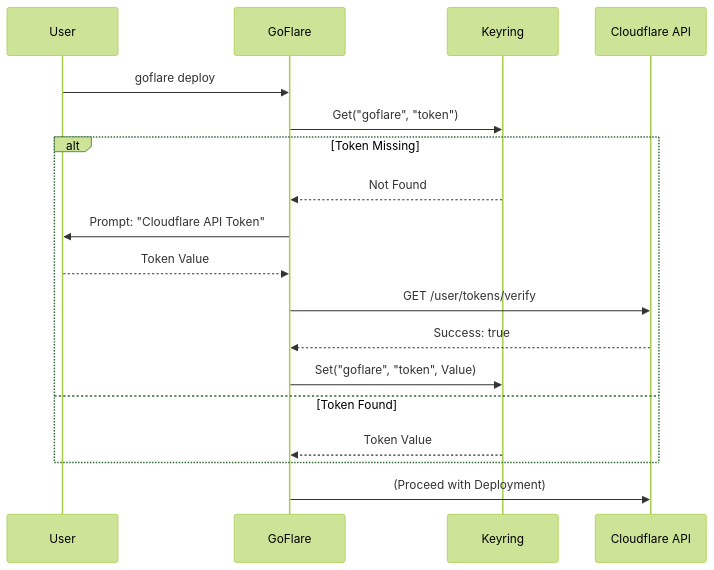
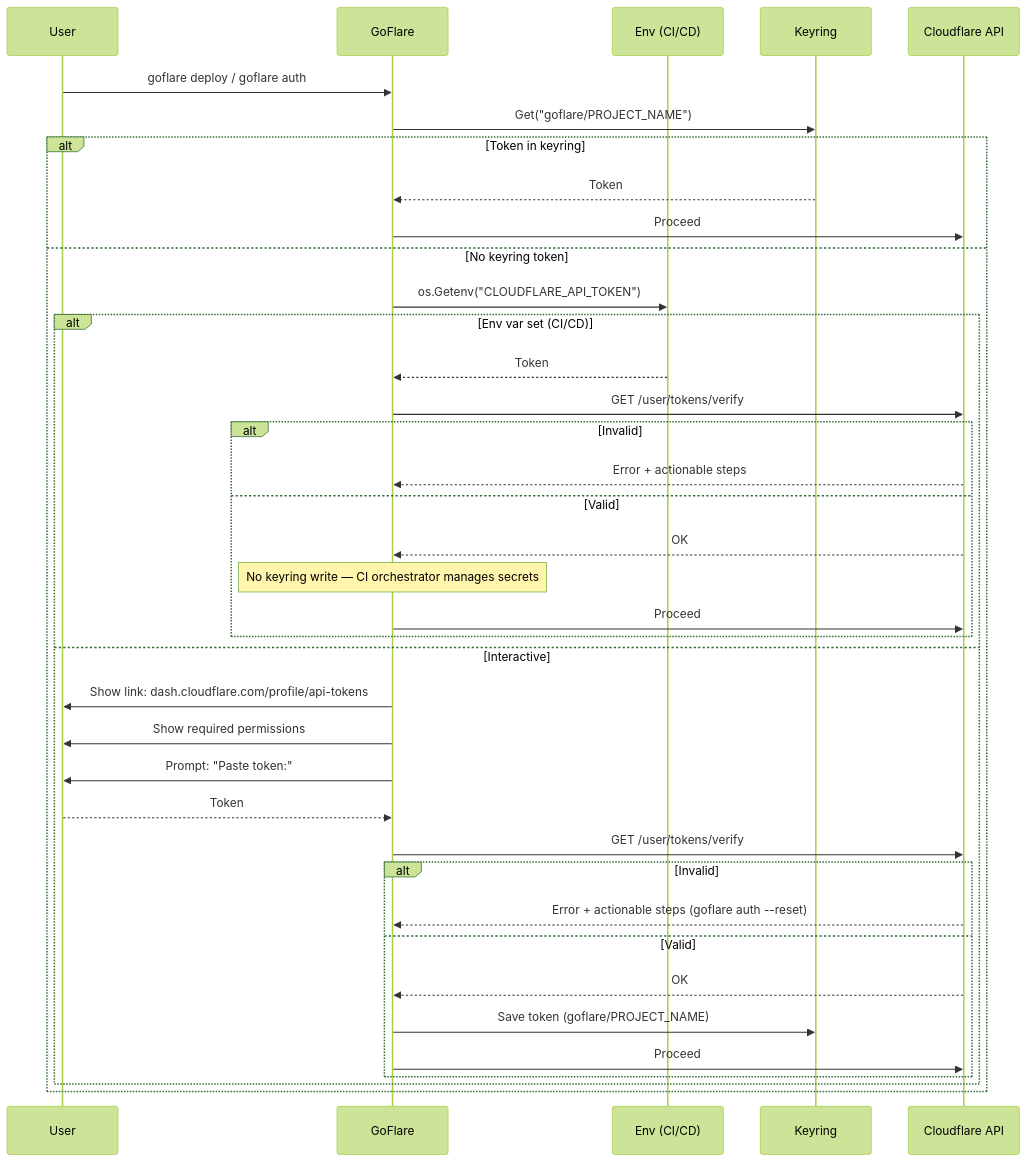
Before and after one commit to tinywasm/goflare: the diagram in docs/diagrams/AUTH_FLOW.md, drawn with Mermaid (forest theme). The commit also changed other lines of this file and 7 other files, not shown here.

````diff
--- a/docs/diagrams/AUTH_FLOW.md
+++ b/docs/diagrams/AUTH_FLOW.md
@@ -3,21 +3,42 @@
 ```mermaid
 sequenceDiagram
     participant U as User
     participant G as GoFlare
+    participant E as Env (CI/CD)
     participant K as Keyring
     participant CF as Cloudflare API
 
-    U->>G: goflare deploy
-    G->>K: Get("goflare", "token")
-    alt Token Missing
-        K-->>G: Not Found
-        G->>U: Prompt: "Cloudflare API Token"
-        U-->>G: Token Value
-        G->>CF: GET /user/tokens/verify
-        CF-->>G: Success: true
-        G->>K: Set("goflare", "token", Value)
-    else Token Found
-        K-->>G: Token Value
+    U->>G: goflare deploy / goflare auth
+
+    G->>K: Get("goflare/PROJECT_NAME")
+    alt Token in keyring
+        K-->>G: Token
+        G->>CF: Proceed
+    else No keyring token
+        G->>E: os.Getenv("CLOUDFLARE_API_TOKEN")
+        alt Env var set (CI/CD)
+            E-->>G: Token
+            G->>CF: GET /user/tokens/verify
+            alt Invalid
+                CF-->>G: Error + actionable steps
+            else Valid
+                CF-->>G: OK
+                Note over G: No keyring write — CI orchestrator manages secrets
+                G->>CF: Proceed
+            end
+        else Interactive
+            G->>U: Show link: dash.cloudflare.com/profile/api-tokens
+            G->>U: Show required permissions
+            G->>U: Prompt: "Paste token:"
+            U-->>G: Token
+            G->>CF: GET /user/tokens/verify
+            alt Invalid
+                CF-->>G: Error + actionable steps (goflare auth --reset)
+            else Valid
+                CF-->>G: OK
+                G->>K: Save token (goflare/PROJECT_NAME)
+                G->>CF: Proceed
+            end
+        end
     end
-    G->>CF: (Proceed with Deployment)
 ```
````
